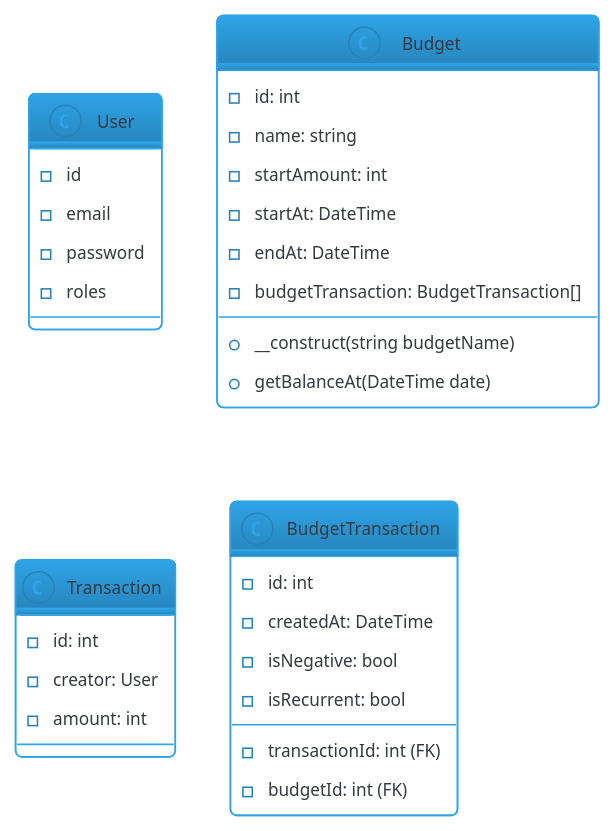
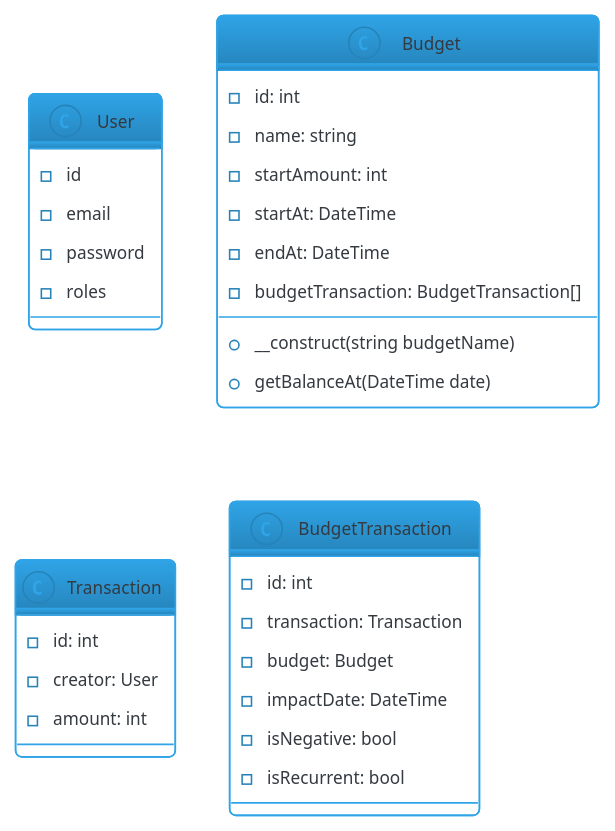
The diagram in docs/classes/general-classes-diagram.puml (hello-devs/budget-manager-api), drawn with PlantUML before and after one commit. The commit also changed 2 other files, not shown here.

Commit message:
test: add impactDate to BudgetTransaction class
add test we_can_set_impactDate
add property impactDate to BudgetTransaction (+getters setters)
doc update general-classes-diagram.puml

```diff
--- a/docs/classes/general-classes-diagram.puml
+++ b/docs/classes/general-classes-diagram.puml
@@ -1,45 +1,45 @@
 @startuml "general class diagram"
 'https://plantuml.com/class-diagram
 !theme cerulean-outline
 skinparam backgroundColor white
 '----------------------------------------------
 
 class User{
         -id
         -email
         -password
         -roles
 }
 
 class Budget {
 
     - id: int
     - name: string
     - startAmount: int
     - startAt: DateTime
     - endAt: DateTime
     - budgetTransaction: BudgetTransaction[]
 
     + __construct(string budgetName)
     + getBalanceAt(DateTime date)
 
 }
 
 class Transaction {
 
     - id: int
     - creator: User
     - amount: int
 }
 
 class BudgetTransaction {
 
     - id: int
-    - createdAt: DateTime
+    - transaction: Transaction
+    - budget: Budget
+    - impactDate: DateTime
     - isNegative: bool
     - isRecurrent: bool
-    - transactionId: int (FK)
-    - budgetId: int (FK)
 }
 
 @enduml
```
